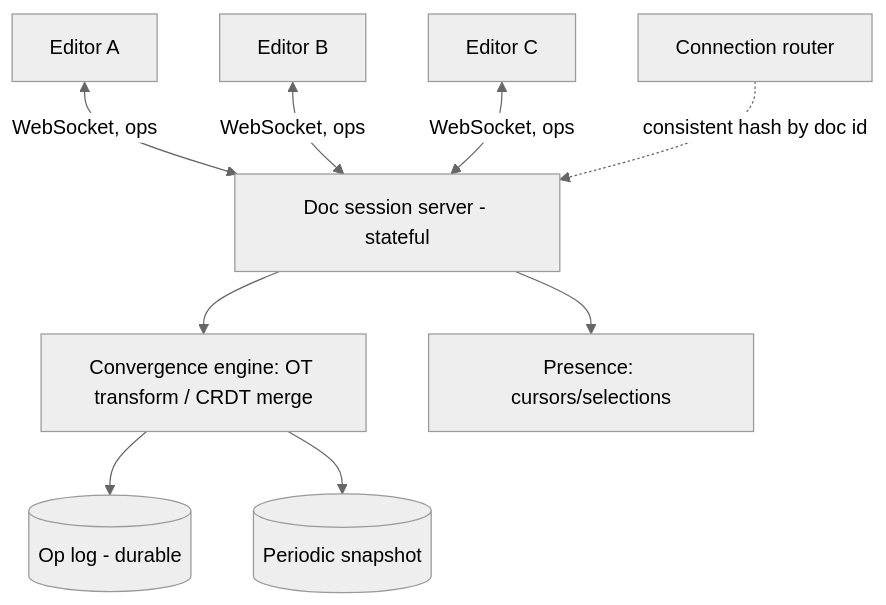
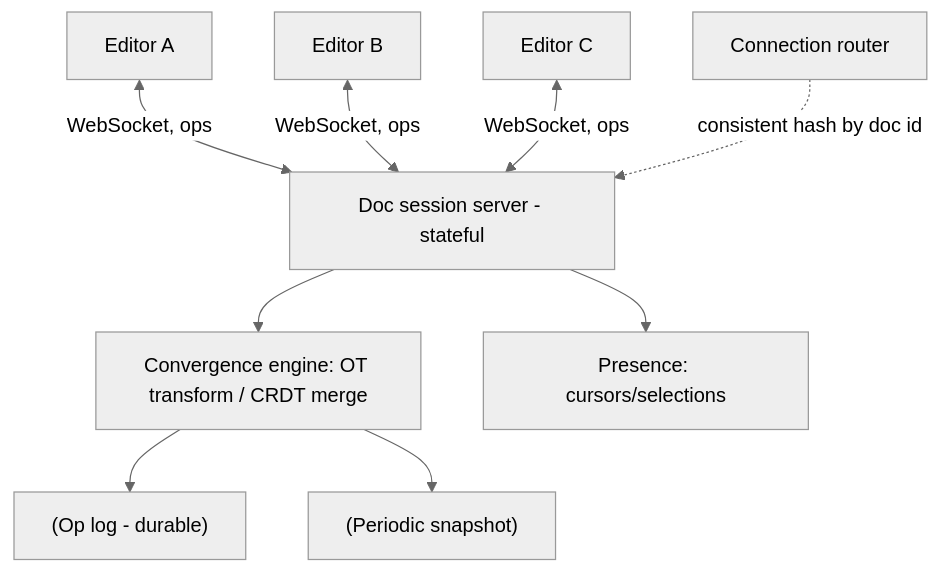
Before and after one commit to pankajThakur1874/studysheet: the fourth of 4 diagrams in files/System-Design-Questions/37-collaborative_editing_google_docs_system_design.md, drawn with Mermaid (neutral theme). The commit also changed other lines of this file and 78 other files, not shown here.

````diff
--- a/files/System-Design-Questions/37-collaborative_editing_google_docs_system_design.md
+++ b/files/System-Design-Questions/37-collaborative_editing_google_docs_system_design.md
@@ -153,11 +153,11 @@
 ```mermaid
 flowchart TD
-    A[Editor A] <-->|WebSocket, ops| DS[Doc session server - stateful]
-    B[Editor B] <-->|WebSocket, ops| DS
-    C[Editor C] <-->|WebSocket, ops| DS
-    DS --> Eng[Convergence engine: OT transform / CRDT merge]
-    Eng --> OpLog[(Op log - durable)]
-    Eng --> Snap[(Periodic snapshot)]
-    DS --> Pres[Presence: cursors/selections]
+    A[Editor A] <-->|"WebSocket, ops"| DS[Doc session server - stateful]
+    B[Editor B] <-->|"WebSocket, ops"| DS
+    C[Editor C] <-->|"WebSocket, ops"| DS
+    DS --> Eng["Convergence engine: OT transform / CRDT merge"]
+    Eng --> OpLog["(Op log - durable)"]
+    Eng --> Snap["(Periodic snapshot)"]
+    DS --> Pres["Presence: cursors/selections"]
     LB[Connection router] -.consistent hash by doc id.-> DS
 ```
````
